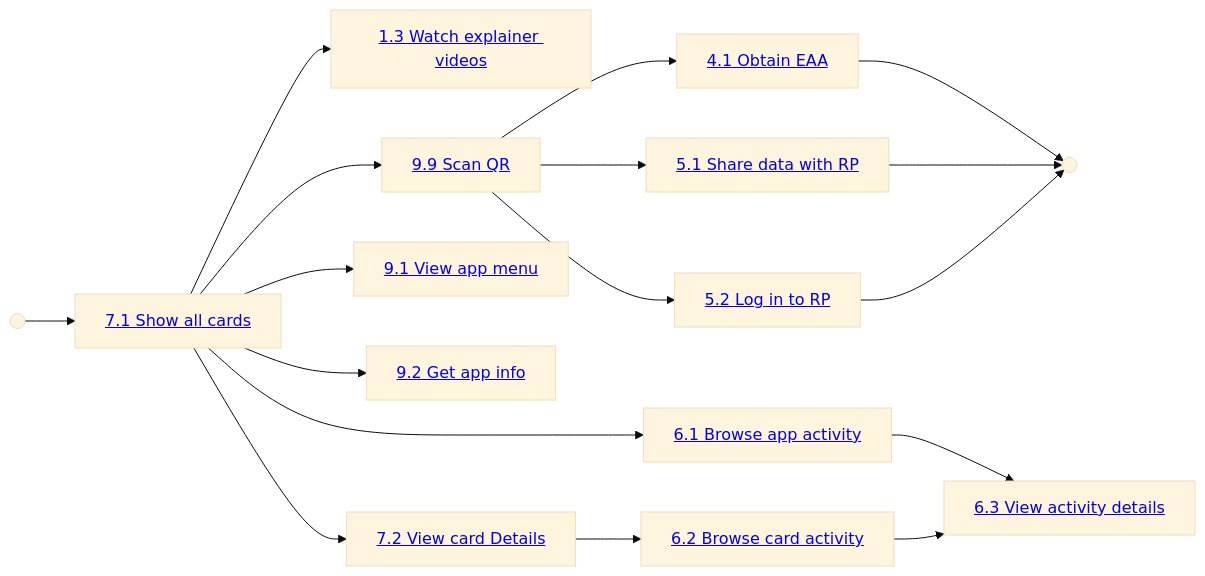
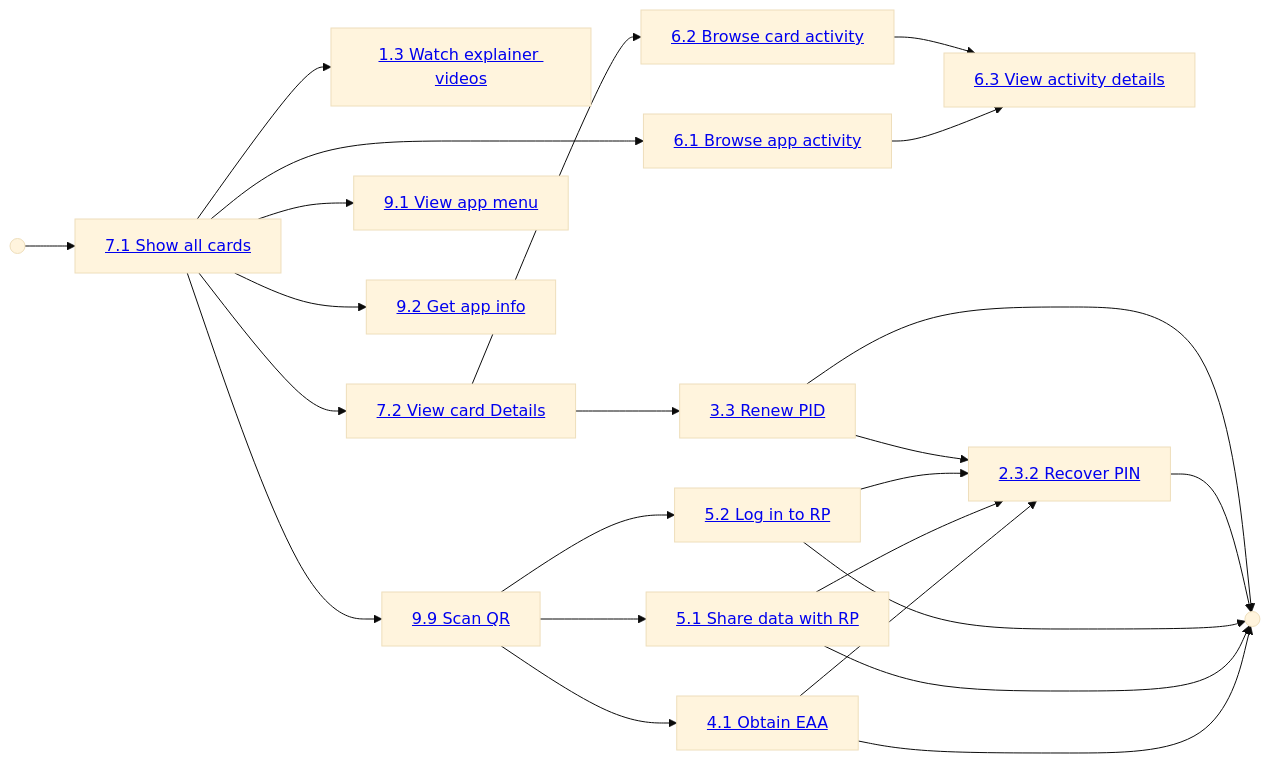
One commit to MinBZK/nl-wallet changed the second of 3 diagrams in wallet_docs/functional-design/use-case-overview.md. Above: the diagram before and after it, drawn with Mermaid (base theme). The commit also changed other lines of this file and 10 other files, not shown here.

````diff
--- a/wallet_docs/functional-design/use-case-overview.md
+++ b/wallet_docs/functional-design/use-case-overview.md
@@ -57,48 +61,60 @@
 ```{mermaid}
 flowchart LR
 START((" "))
 END((" "))
 APP_TOUR["<a href='use-cases/UC1.3_AppTour.html'>1.3 Watch explainer videos</a>"]
 
 OBTAIN_CARDS["<a href='use-cases/UC4.1_ObtainCardsFromEAAIssuer.html'>4.1 Obtain EAA</a>"]
 
 SHARE["<a href='use-cases/UC5.1_ShareDataWithRP.html'>5.1 Share data with RP</a>"]
 LOGIN["<a href='use-cases/UC5.2_LoginToApplicationOfRP.html'>5.2 Log in to RP</a>"]
 
 ALL_HISTORY["<a href='use-cases/UC6.1_ShowCompleteUsageAndManagementHistory.html'>6.1 Browse app activity</a>"]
 CARD_HISTORY["<a href='use-cases/UC6.2_ShowUsageAndManagementHistoryOfCard.html'>6.2 Browse card activity</a>"]
 HISTORY_EVENT["<a href='use-cases/UC6.3_ShowHistoryEvent.html'>6.3 View activity details</a>"]
 
 ALL_CARDS["<a href='use-cases/UC7.1_ShowAllAvailableCards.html'>7.1 Show all cards</a>"]
 CARD["<a href='use-cases/UC7.2_ShowCardDetails.html'>7.2 View card Details</a>"]
 
 MENU["<a href='use-cases/UC9.1_ShowAppMenu.html'>9.1 View app menu</a>"]
 APP_INFO["<a href='use-cases/UC9.2_GetAppInformation.html'>9.2 Get app info</a>"]
 QR["<a href='use-cases/UC9.9_ScanQR.html'>9.9 Scan QR</a>"]
 
+RECOVER_PIN["<a href='use-cases/UC2.3.2_RecoverPIN.html'>2.3.2 Recover PIN</a>"]
+RENEW_PID["<a href='use-cases/UC3.2_RenewPid.html'>3.3 Renew PID</a>"]
+
 START --> ALL_CARDS
 
 ALL_CARDS --> APP_TOUR
 ALL_CARDS --> MENU
 ALL_CARDS --> QR
 ALL_CARDS --> ALL_HISTORY
 ALL_CARDS --> CARD
 ALL_CARDS --> APP_INFO
 
 OBTAIN_CARDS --> END
+OBTAIN_CARDS --> RECOVER_PIN
 
 SHARE --> END
+SHARE --> RECOVER_PIN
 
 LOGIN --> END
+LOGIN --> RECOVER_PIN
+
+RECOVER_PIN --> END
 
 QR --> OBTAIN_CARDS
 QR --> SHARE
 QR --> LOGIN
 
 ALL_HISTORY --> HISTORY_EVENT
 
 CARD_HISTORY --> HISTORY_EVENT
 
 CARD --> CARD_HISTORY
+CARD --> RENEW_PID
+
+RENEW_PID --> END
+RENEW_PID --> RECOVER_PIN
 
 ```
````
